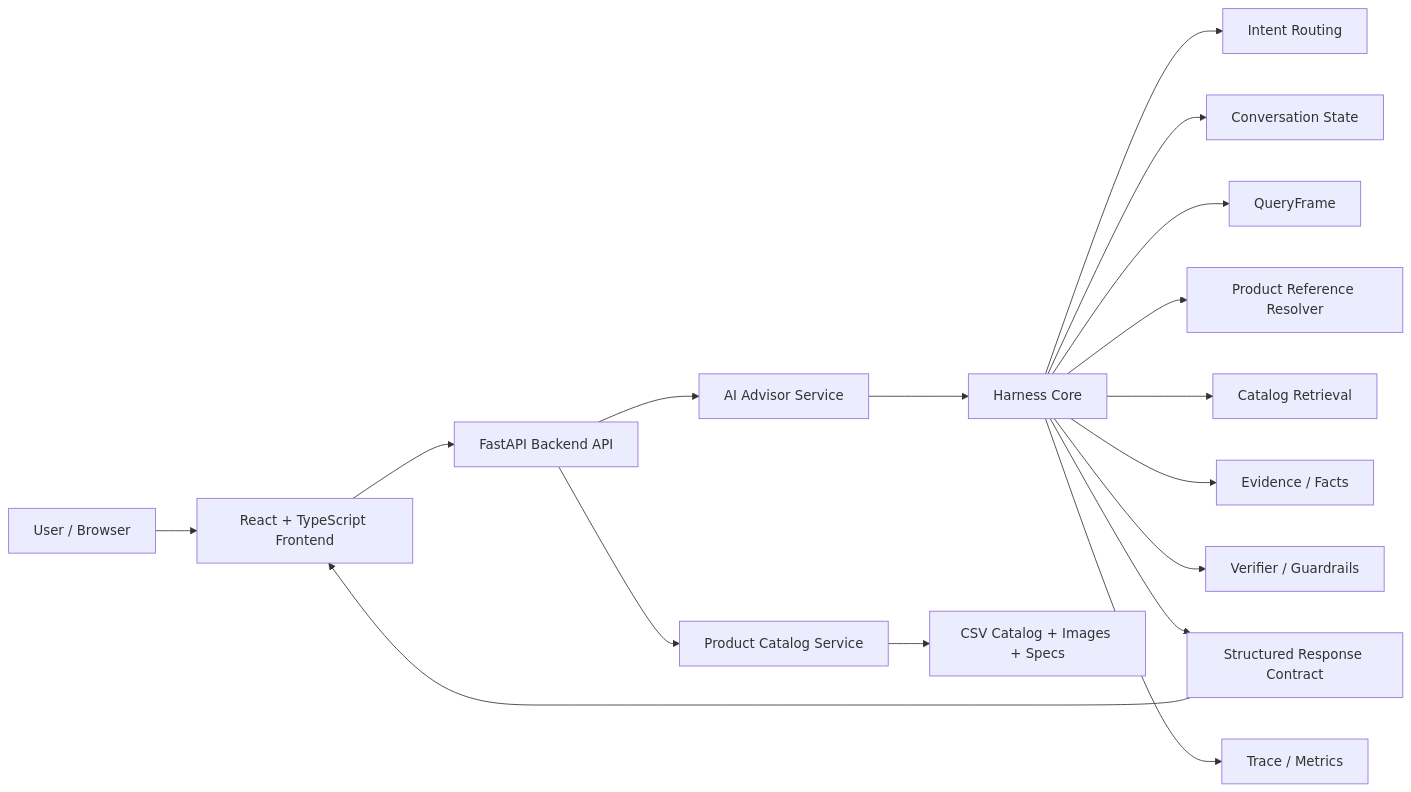
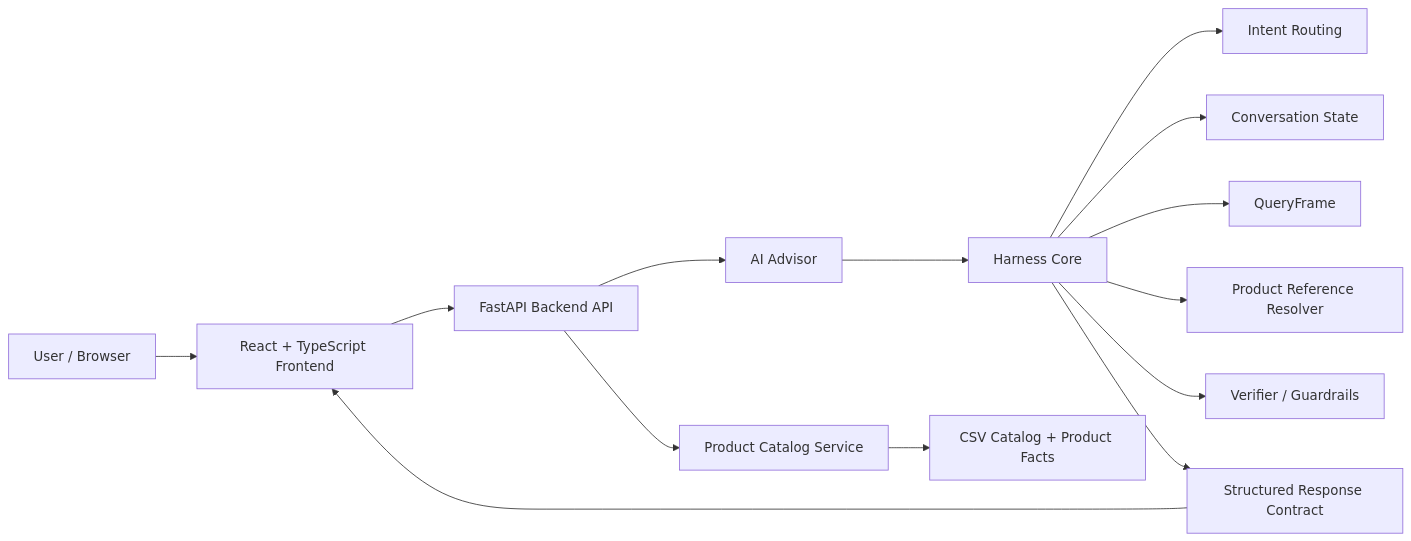
One commit to mindu2kk/Internship changed the diagram in SourceCode/README.md. Above: the diagram before and after it, drawn with Mermaid. The commit also changed other lines of this file and 8 other files, not shown here.

````diff
--- a/SourceCode/README.md
+++ b/SourceCode/README.md
@@ -53,22 +19,16 @@
 ```mermaid
 flowchart LR
     User["User / Browser"] --> Frontend["React + TypeScript Frontend"]
     Frontend --> API["FastAPI Backend API"]
-
     API --> Catalog["Product Catalog Service"]
-    API --> Advisor["AI Advisor Service"]
-
+    API --> Advisor["AI Advisor"]
     Advisor --> Harness["Harness Core"]
     Harness --> Intent["Intent Routing"]
     Harness --> State["Conversation State"]
     Harness --> QueryFrame["QueryFrame"]
     Harness --> Resolver["Product Reference Resolver"]
-    Harness --> Retrieval["Catalog Retrieval"]
-    Harness --> Evidence["Evidence / Facts"]
     Harness --> Verifier["Verifier / Guardrails"]
+    Catalog --> Data["CSV Catalog + Product Facts"]
     Harness --> Contract["Structured Response Contract"]
-    Harness --> Trace["Trace / Metrics"]
-
-    Catalog --> Data["CSV Catalog + Images + Specs"]
     Contract --> Frontend
 ```
````
